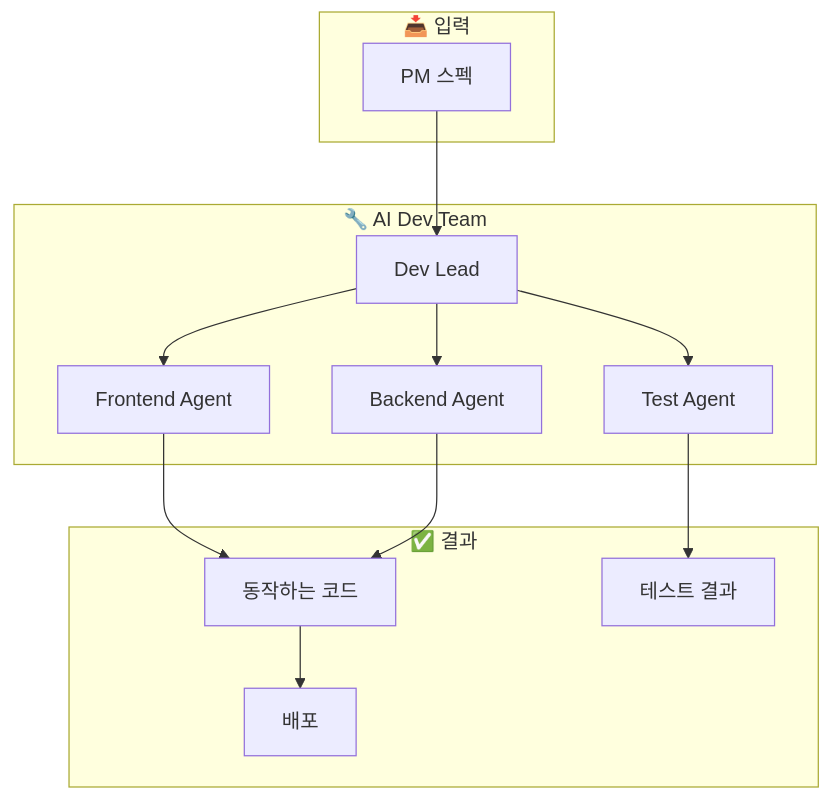
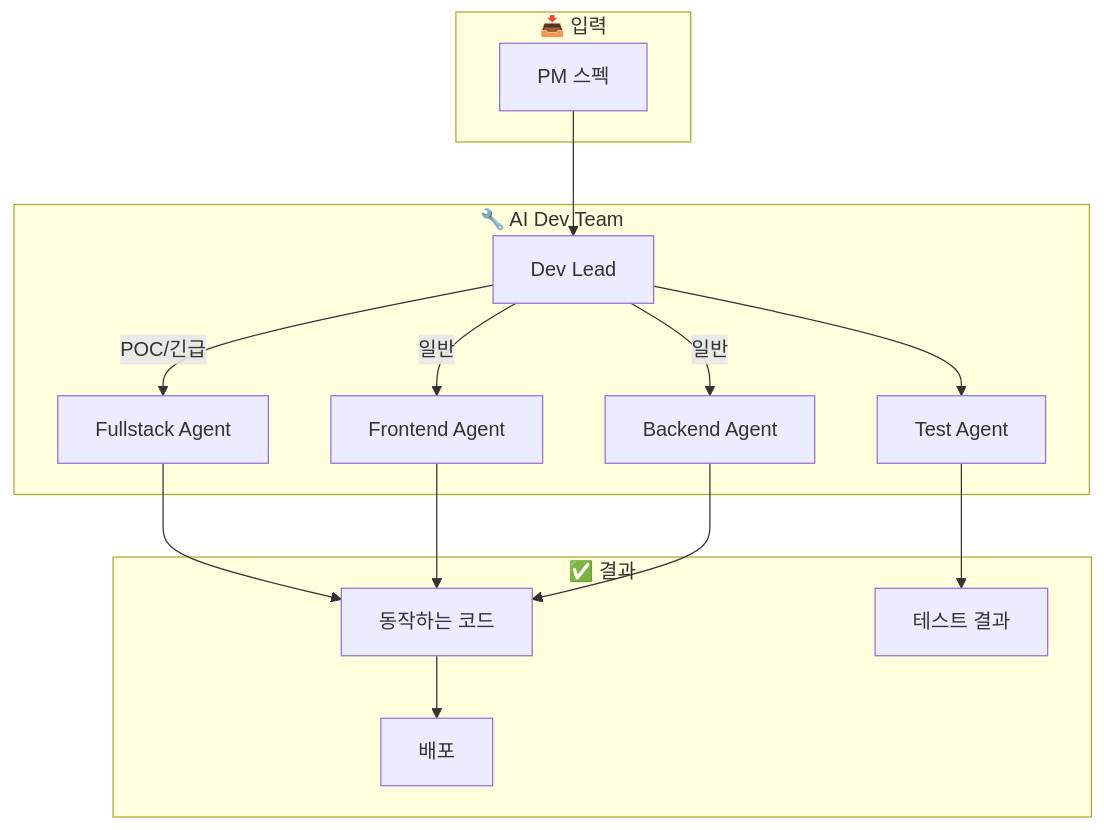
Before and after one commit to org-tinysolver/ground-truth: the first of 2 diagrams in docs/humans/products/ai-devteam/overview.mdx, drawn with Mermaid. The commit also changed other lines of this file and 2 other files, not shown here.

First line of the commit message:
docs: Update CLAUDE.md and add fullstack mode for AI Dev Team

````diff
--- a/docs/humans/products/ai-devteam/overview.mdx
+++ b/docs/humans/products/ai-devteam/overview.mdx
@@ -20,28 +20,31 @@
 ```mermaid
 flowchart TB
     subgraph Input["📥 입력"]
         SPEC[PM 스펙]
     end
 
     subgraph DevTeam["🔧 AI Dev Team"]
         LEAD[Dev Lead]
+        FULLSTACK[Fullstack Agent]
         FE[Frontend Agent]
         BE[Backend Agent]
         TEST[Test Agent]
     end
 
     subgraph Output["✅ 결과"]
         CODE[동작하는 코드]
         TESTS[테스트 결과]
         DEPLOY[배포]
     end
 
     SPEC --> LEAD
-    LEAD --> FE
-    LEAD --> BE
+    LEAD -->|POC/긴급| FULLSTACK
+    LEAD -->|일반| FE
+    LEAD -->|일반| BE
     LEAD --> TEST
+    FULLSTACK --> CODE
     FE --> CODE
     BE --> CODE
     TEST --> TESTS
     CODE --> DEPLOY
 ```
````
